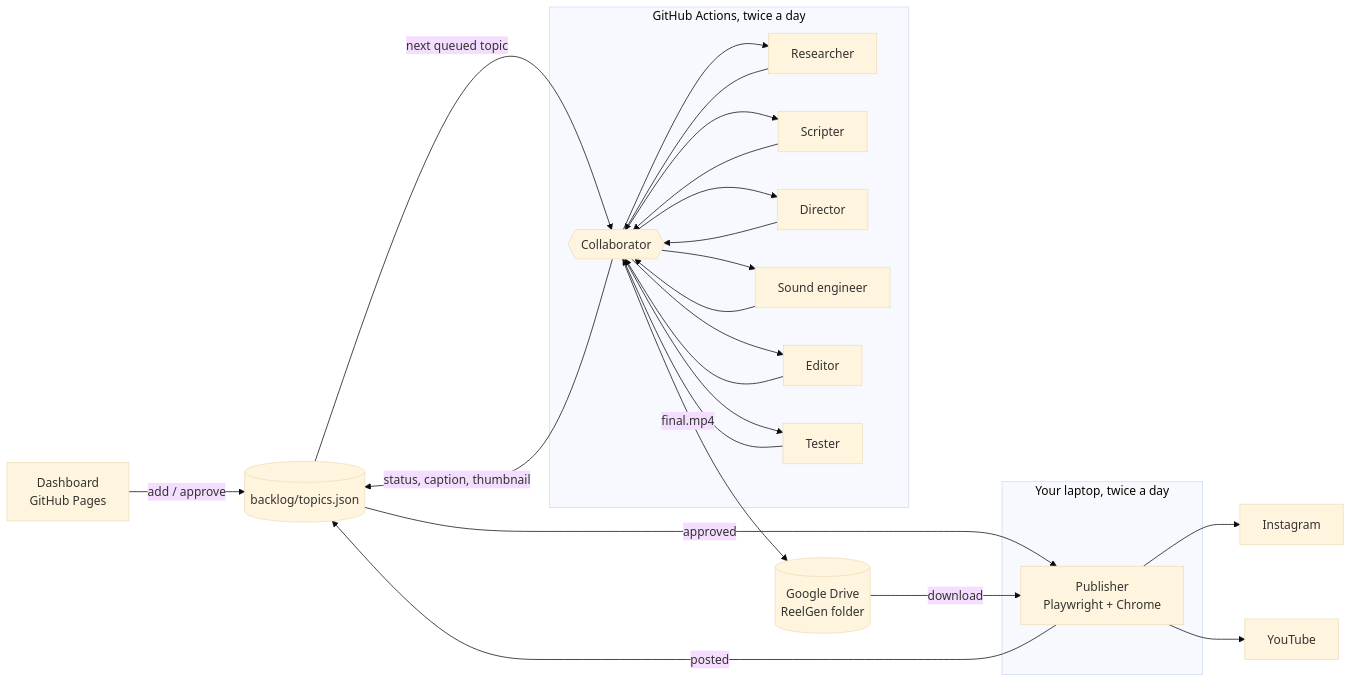
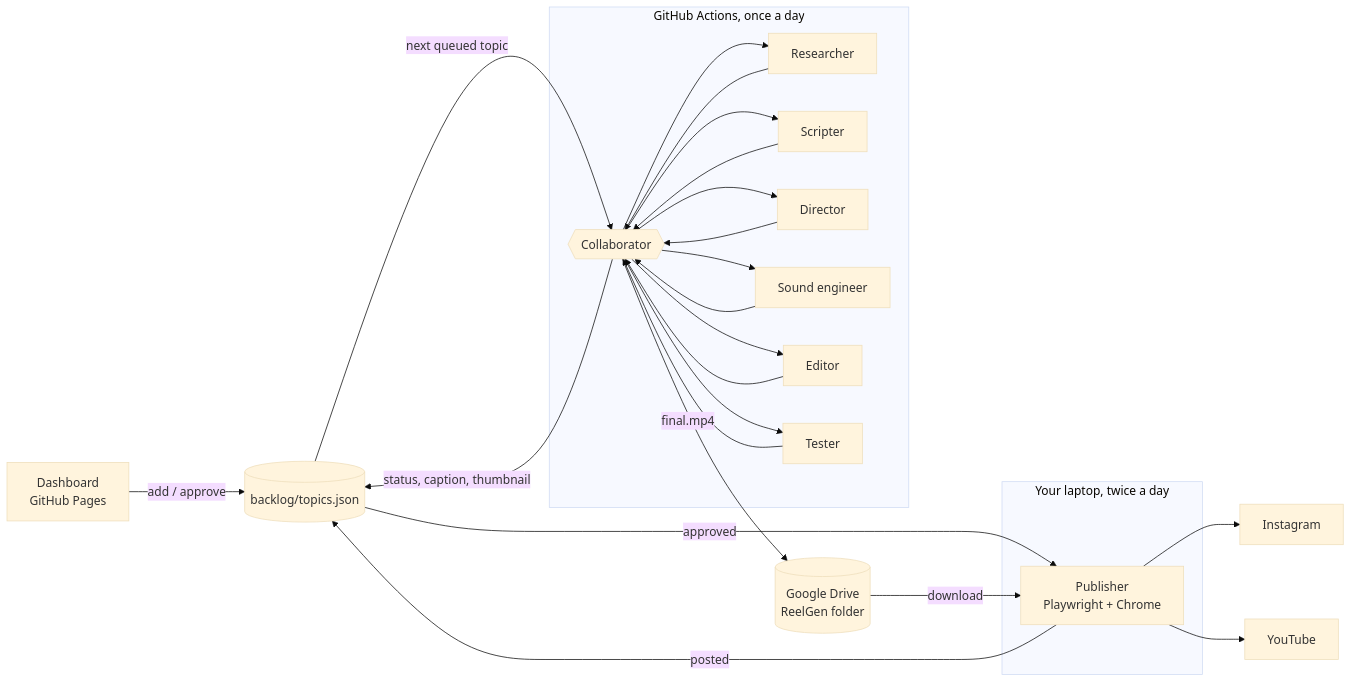
The diagram in ARCHITECTURE.md (kevinandrin7-start/ReelGen), drawn with Mermaid (base theme) before and after one commit. The commit also changed other lines of this file and 4 other files, not shown here.

````diff
--- a/ARCHITECTURE.md
+++ b/ARCHITECTURE.md
@@ -6,23 +6,23 @@
 ```mermaid
 flowchart LR
   D[Dashboard<br/>GitHub Pages] -- add / approve --> B[(backlog/topics.json)]
-  subgraph GA[GitHub Actions, twice a day]
+  subgraph GA[GitHub Actions, once a day]
     C{{Collaborator}} --> R[Researcher] --> C
     C --> S[Scripter] --> C
     C --> Di[Director] --> C
     C --> SE[Sound engineer] --> C
     C --> E[Editor] --> C
     C --> T[Tester] --> C
   end
   B -- next queued topic --> C
   C -- final.mp4 --> G[(Google Drive<br/>ReelGen folder)]
   C -- status, caption, thumbnail --> B
   subgraph L[Your laptop, twice a day]
     P[Publisher<br/>Playwright + Chrome]
   end
   B -- approved --> P
   G -- download --> P
   P --> IG[Instagram]
   P --> YT[YouTube]
   P -- posted --> B
 ```
````
